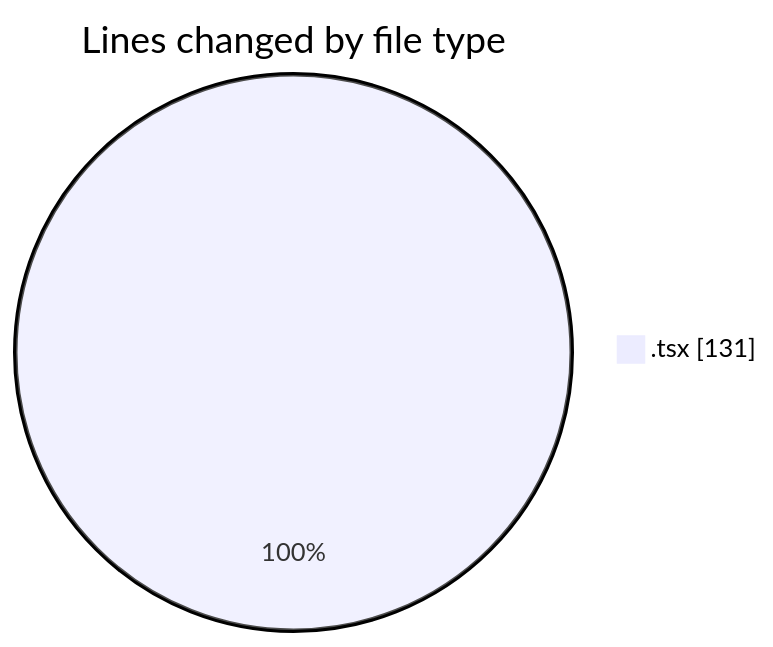
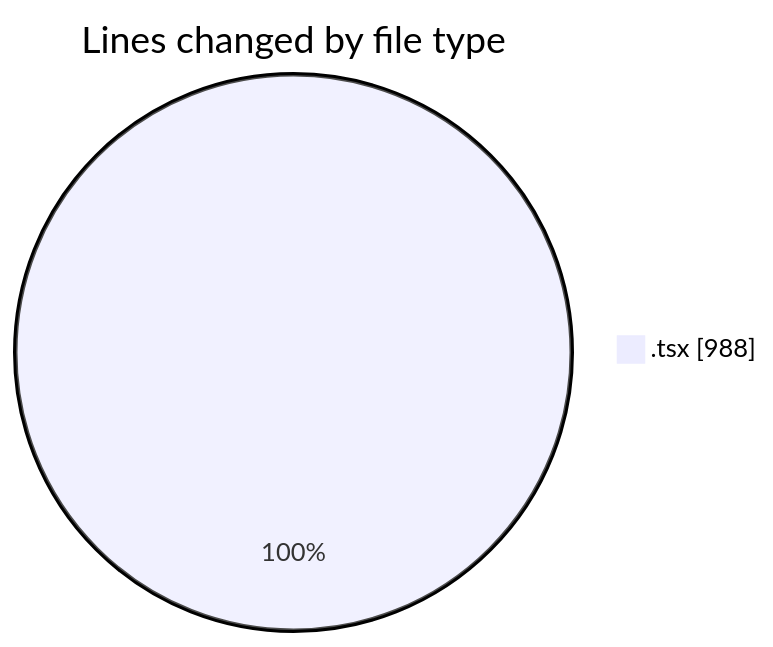
The first of 2 diagrams in 2025-08-18/nextui-dashboard-template/README.md (lephambinh05/code-tracking), drawn with Mermaid before and after one commit. The commit also changed other lines of this file and 1 other file, not shown here.

````diff
--- a/2025-08-18/nextui-dashboard-template/README.md
+++ b/2025-08-18/nextui-dashboard-template/README.md
@@ -20,5 +26,5 @@
 ```mermaid
 pie showData
 title Lines changed by file type
-".tsx" : 131
+".tsx" : 988
 ```
````
